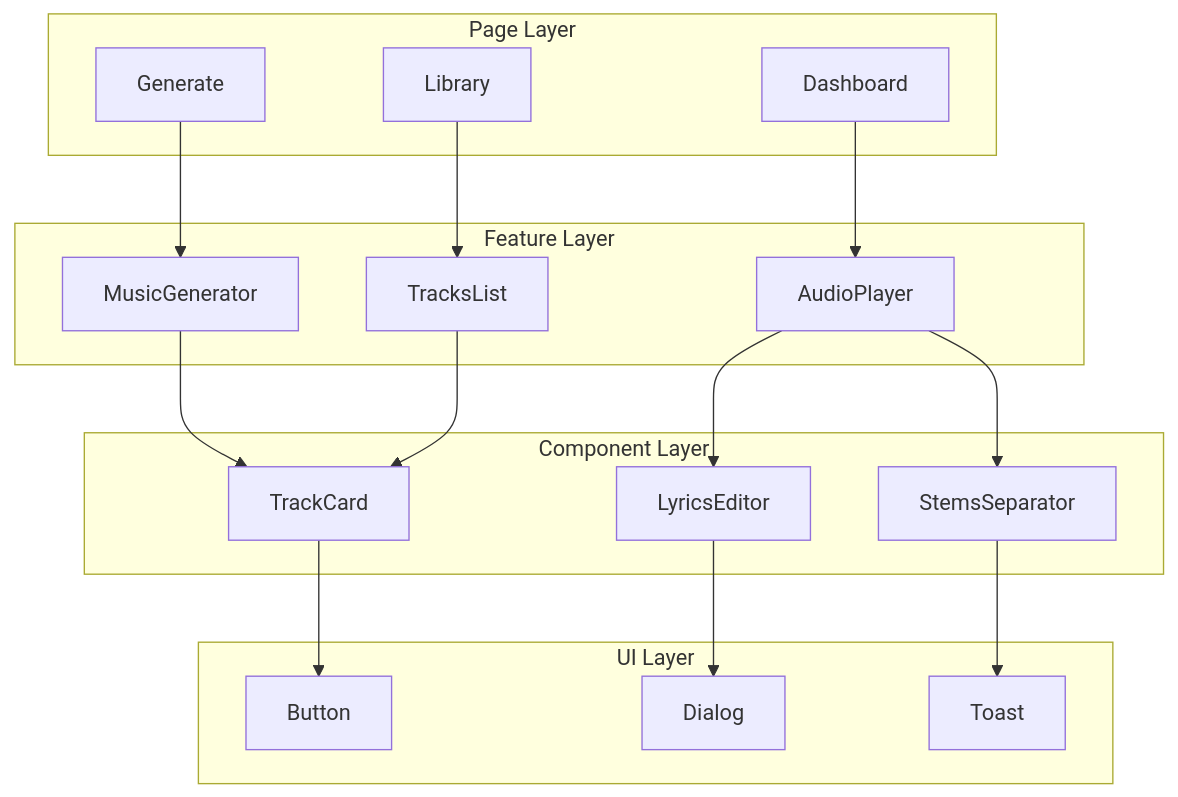
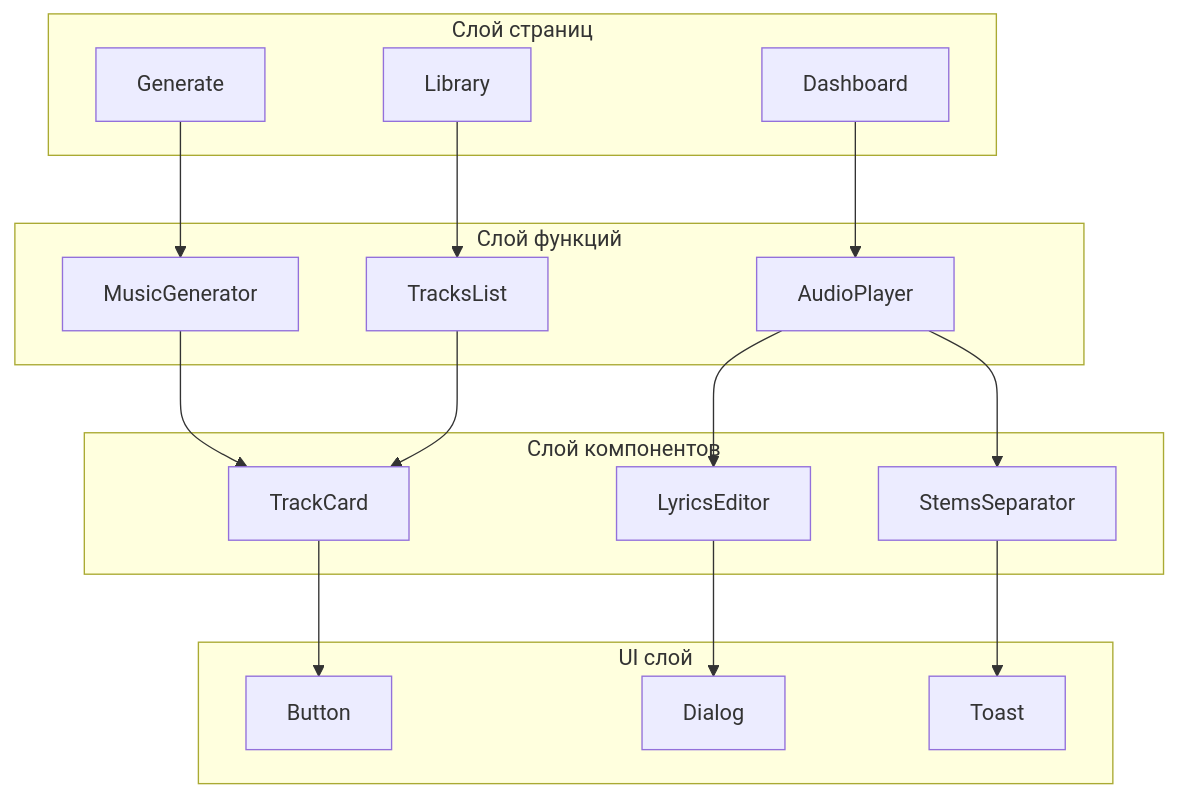
The fourth of 9 diagrams in README.md (HOW2AI-AGENCY/albert3-muse-synth-studio), drawn with Mermaid before and after one commit. The commit also changed other lines of this file, not shown here.

````diff
--- a/README.md
+++ b/README.md
@@ -183,37 +186,37 @@
 ```mermaid
 graph TB
-    subgraph "Page Layer"
+    subgraph "Слой страниц"
         P1[Generate]
         P2[Library]
         P3[Dashboard]
     end
     
-    subgraph "Feature Layer"
+    subgraph "Слой функций"
         F1[MusicGenerator]
         F2[TracksList]
         F3[AudioPlayer]
     end
     
-    subgraph "Component Layer"
+    subgraph "Слой компонентов"
         C1[TrackCard]
         C2[LyricsEditor]
         C3[StemsSeparator]
     end
     
-    subgraph "UI Layer"
+    subgraph "UI слой"
         U1[Button]
         U2[Dialog]
         U3[Toast]
     end
     
     P1 --> F1
     P2 --> F2
     P3 --> F3
     F1 --> C1
     F2 --> C1
     F3 --> C2
     F3 --> C3
     C1 --> U1
     C2 --> U2
     C3 --> U3
 ```
````
